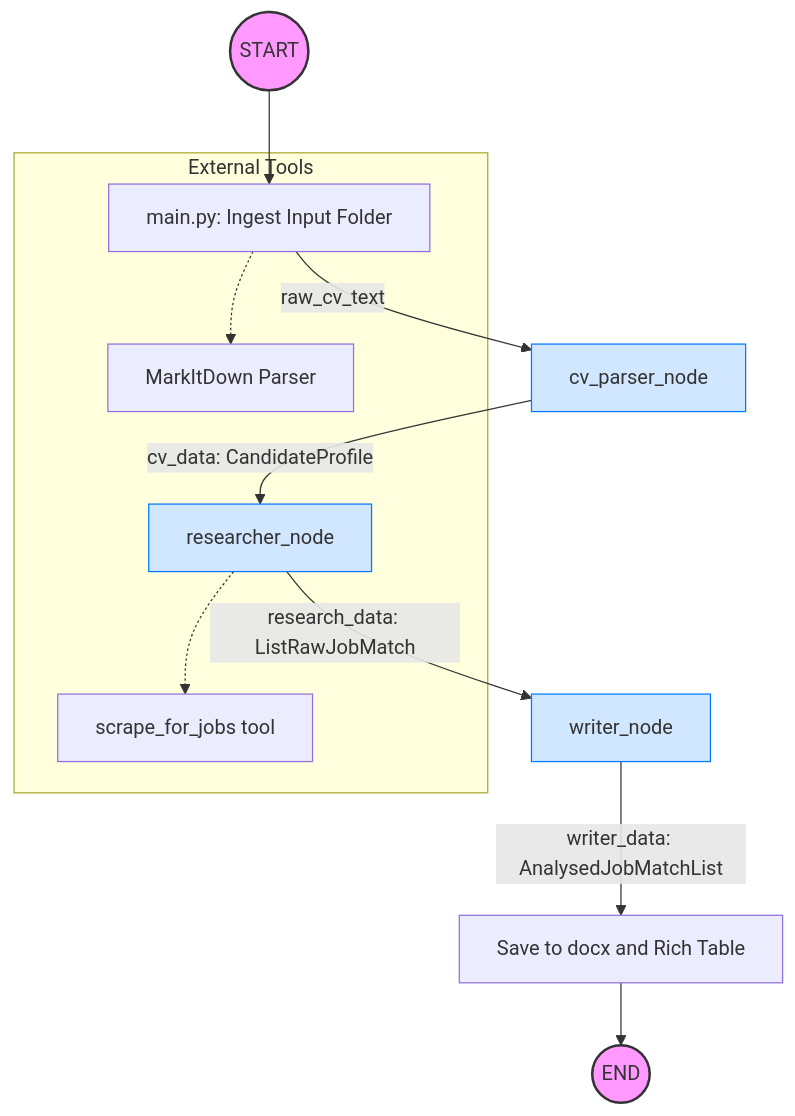
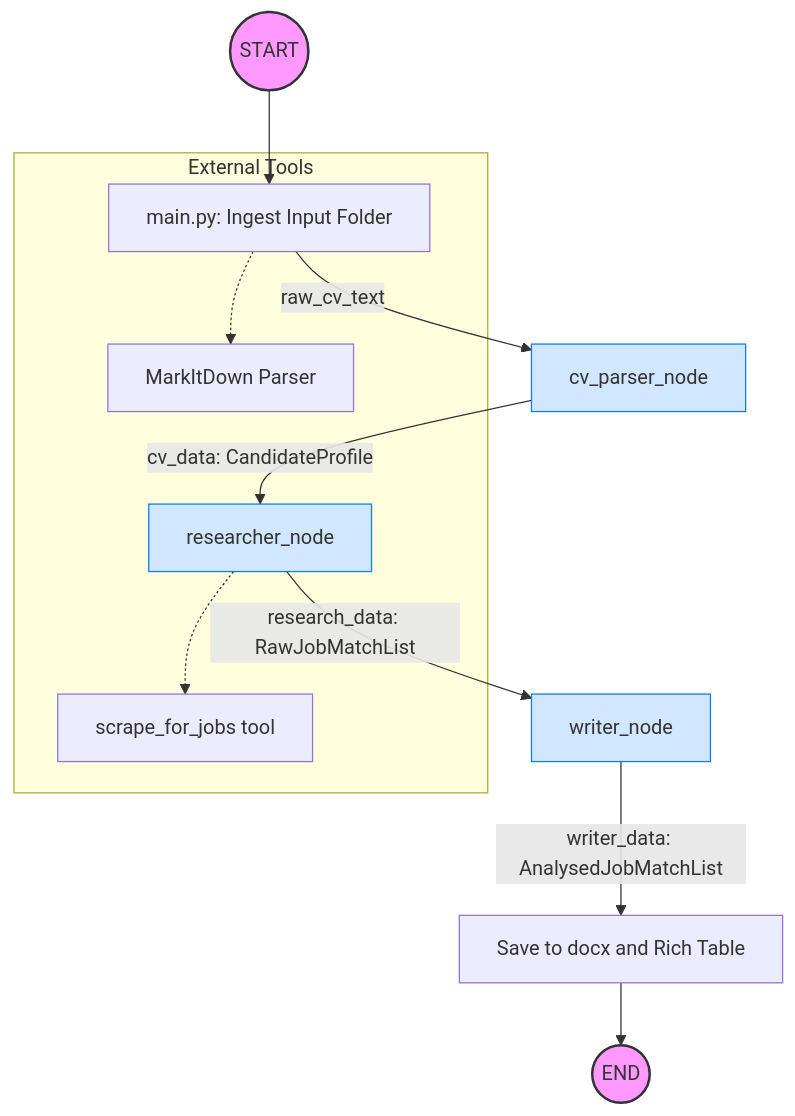
Before and after one commit to Ruyzambrano/agentic-job-search: the diagram in README.md, drawn with Mermaid. The commit also changed 50 other files, not shown here.

````diff
--- a/README.md
+++ b/README.md
@@ -11,21 +11,21 @@
 ```mermaid
 graph TD
     Start((START)) --> Ingest[main.py: Ingest Input Folder]
     Ingest -->|raw_cv_text| Parser[cv_parser_node]
     Parser -->|cv_data: CandidateProfile| Researcher[researcher_node]
-    Researcher -->|research_data: ListRawJobMatch| Writer[writer_node]
+    Researcher -->|research_data: RawJobMatchList| Writer[writer_node]
     Writer -->|writer_data: AnalysedJobMatchList| Output[Save to docx and Rich Table]
     Output --> End((END))
 
     subgraph External_Tools [External Tools]
         Researcher -.-> SerpAPI[scrape_for_jobs tool]
         Ingest -.-> MID[MarkItDown Parser]
     end
 
     style Start fill:#f9f,stroke:#333,stroke-width:2px
     style End fill:#f9f,stroke:#333,stroke-width:2px
     style Parser fill:#d1e7ff,stroke:#007bff
     style Researcher fill:#d1e7ff,stroke:#007bff
     style Writer fill:#d1e7ff,stroke:#007bff
 
 ```
````
